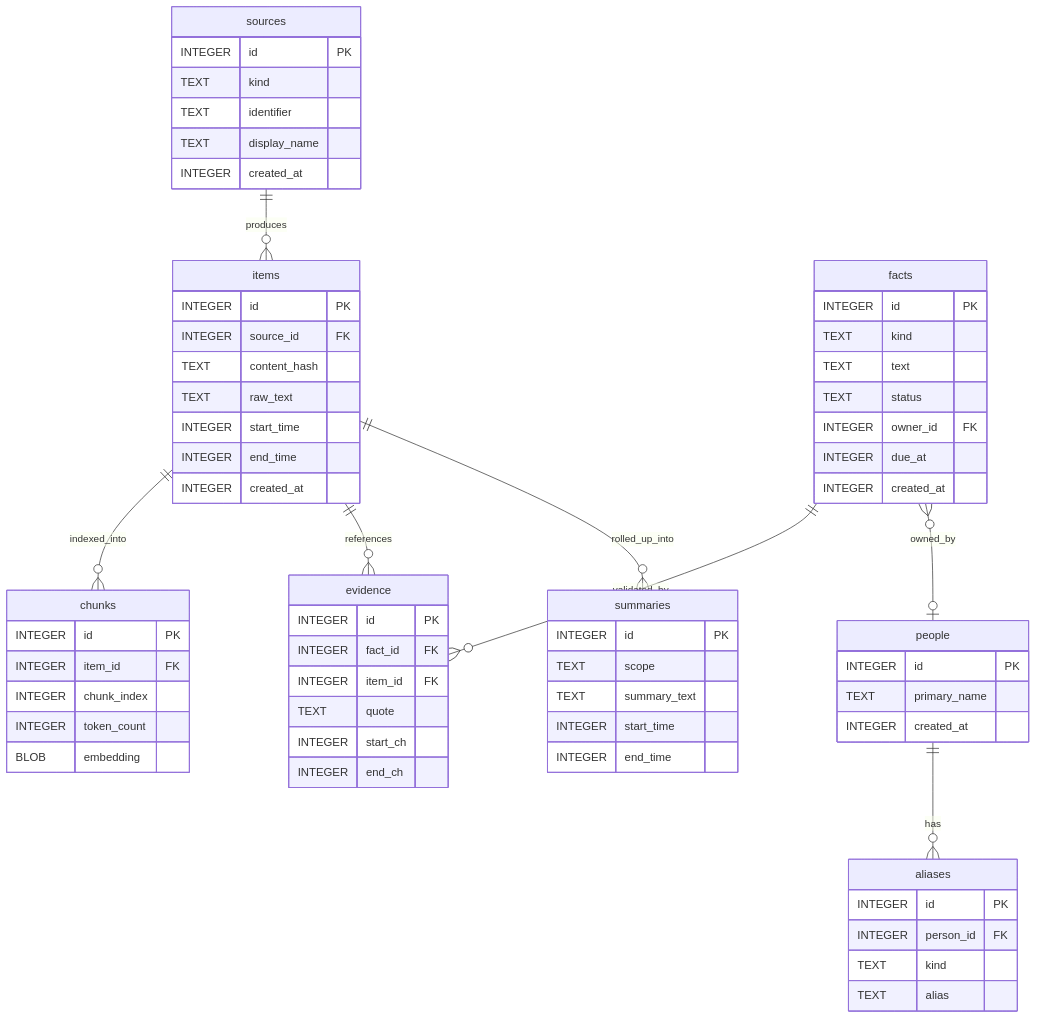
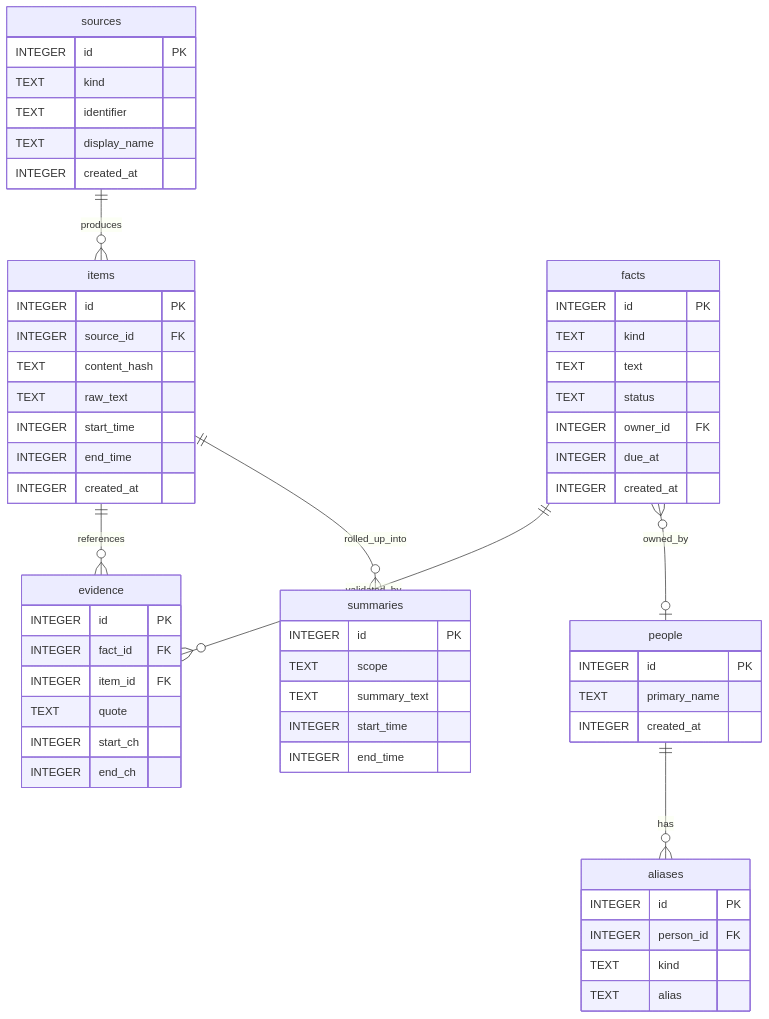
Before and after one commit to webex042/Tessera: the diagram in docs-site/privacy/database-schema.md, drawn with Mermaid. The commit also changed other lines of this file and 61 other files, not shown here.

````diff
--- a/docs-site/privacy/database-schema.md
+++ b/docs-site/privacy/database-schema.md
@@ -9,69 +9,61 @@
 ```mermaid
 erDiagram
     sources ||--o{ items : produces
-    items ||--o{ chunks : indexed_into
     items ||--o{ evidence : references
     facts ||--o{ evidence : validated_by
     people ||--o{ aliases : has
     facts }o--o| people : owned_by
     items ||--o{ summaries : rolled_up_into
 
     sources {
         INTEGER id PK
         TEXT kind
         TEXT identifier
         TEXT display_name
         INTEGER created_at
     }
     items {
         INTEGER id PK
         INTEGER source_id FK
         TEXT content_hash
         TEXT raw_text
         INTEGER start_time
         INTEGER end_time
         INTEGER created_at
-    }
-    chunks {
-        INTEGER id PK
-        INTEGER item_id FK
-        INTEGER chunk_index
-        INTEGER token_count
-        BLOB embedding
     }
     facts {
         INTEGER id PK
         TEXT kind
         TEXT text
         TEXT status
         INTEGER owner_id FK
         INTEGER due_at
         INTEGER created_at
     }
     evidence {
         INTEGER id PK
         INTEGER fact_id FK
         INTEGER item_id FK
         TEXT quote
         INTEGER start_ch
         INTEGER end_ch
     }
     people {
         INTEGER id PK
         TEXT primary_name
         INTEGER created_at
     }
     aliases {
         INTEGER id PK
         INTEGER person_id FK
         TEXT kind
         TEXT alias
     }
     summaries {
         INTEGER id PK
         TEXT scope
         TEXT summary_text
         INTEGER start_time
         INTEGER end_time
     }
 ```
````
